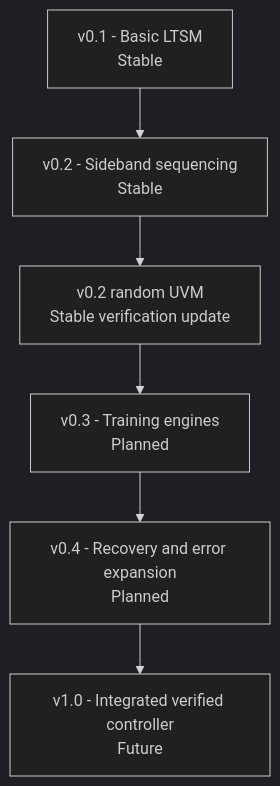
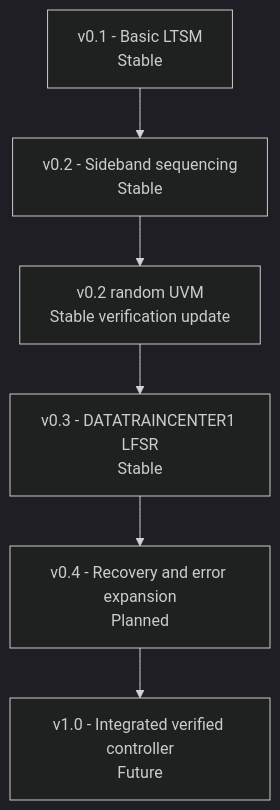
Before and after one commit to Varadain/ucie-ltsm: the diagram in ROADMAP.md, drawn with Mermaid (dark theme). The commit also changed other lines of this file and 33 other files, not shown here.

````diff
--- a/ROADMAP.md
+++ b/ROADMAP.md
@@ -5,8 +5,8 @@
 ```mermaid
 flowchart TD
     V01["v0.1 - Basic LTSM<br/>Stable"] --> V02["v0.2 - Sideband sequencing<br/>Stable"]
     V02 --> V02R["v0.2 random UVM<br/>Stable verification update"]
-    V02R --> V03["v0.3 - Training engines<br/>Planned"]
+    V02R --> V03["v0.3 - DATATRAINCENTER1 LFSR<br/>Stable"]
     V03 --> V04["v0.4 - Recovery and error expansion<br/>Planned"]
     V04 --> V10["v1.0 - Integrated verified controller<br/>Future"]
 ```
````
